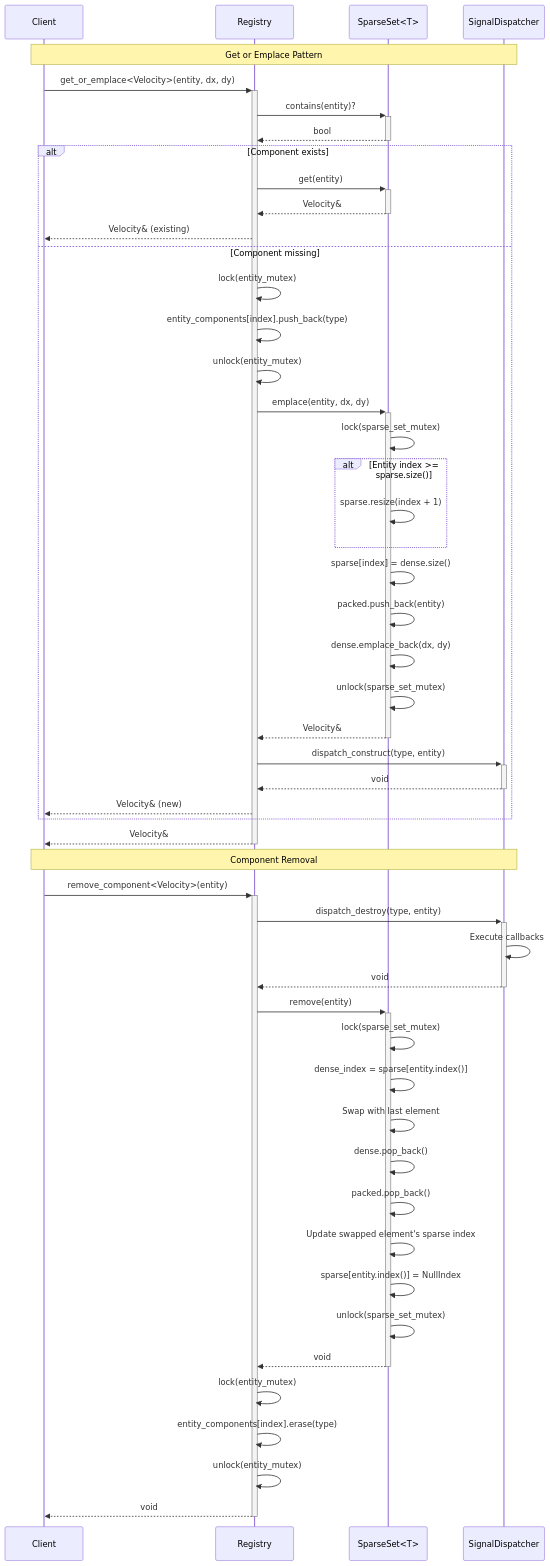
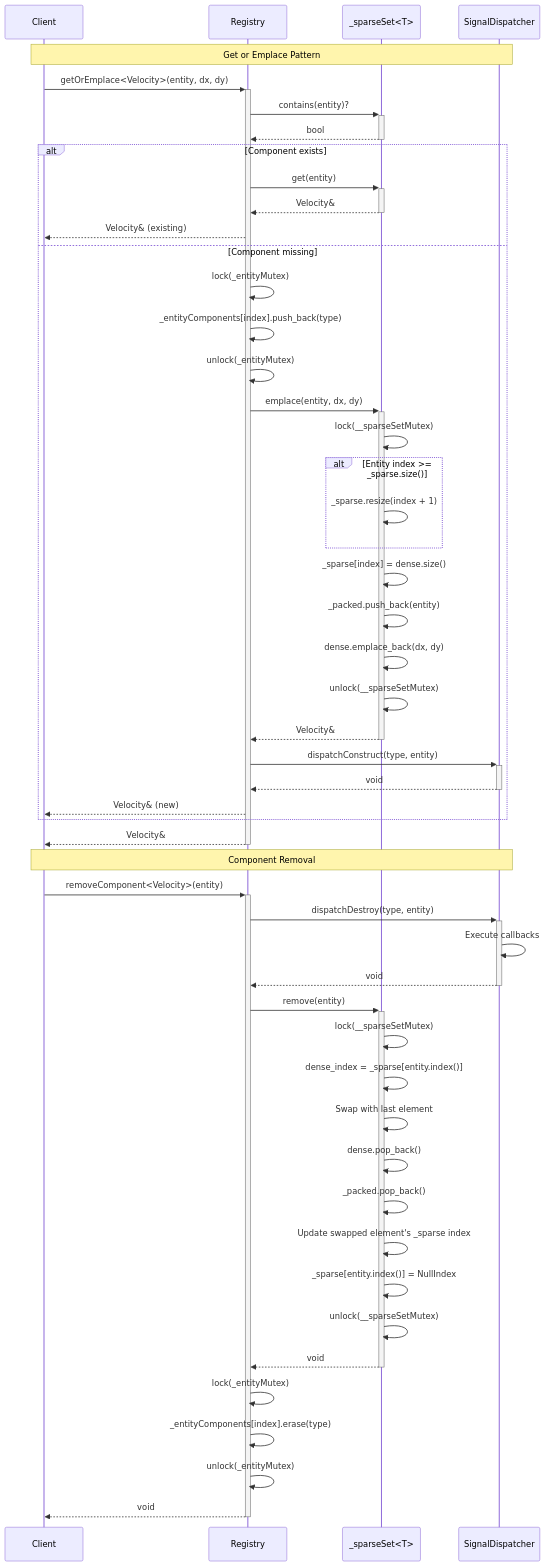
The fourth of 12 diagrams in doc/ecs/19_architecture_diagrams.md (My-Epitech-Organisation/Rtype), drawn with Mermaid before and after one commit. The commit also changed other lines of this file and 48 other files, not shown here.

````diff
--- a/doc/ecs/19_architecture_diagrams.md
+++ b/doc/ecs/19_architecture_diagrams.md
@@ -532,70 +532,70 @@
 ```mermaid
 sequenceDiagram
     participant Client
     participant Registry
-    participant SparseSet as SparseSet<T>
+    participant _sparseSet as _sparseSet<T>
     participant SignalDispatcher
     
     %% Get or Emplace Pattern
     Note over Client,SignalDispatcher: Get or Emplace Pattern
     
-    Client->>+Registry: get_or_emplace<Velocity>(entity, dx, dy)
-    Registry->>+SparseSet: contains(entity)?
-    SparseSet-->>-Registry: bool
+    Client->>+Registry: getOrEmplace<Velocity>(entity, dx, dy)
+    Registry->>+_sparseSet: contains(entity)?
+    _sparseSet-->>-Registry: bool
     
     alt Component exists
-        Registry->>+SparseSet: get(entity)
-        SparseSet-->>-Registry: Velocity&
+        Registry->>+_sparseSet: get(entity)
+        _sparseSet-->>-Registry: Velocity&
         Registry-->>Client: Velocity& (existing)
     else Component missing
-        Registry->>Registry: lock(entity_mutex)
-        Registry->>Registry: entity_components[index].push_back(type)
-        Registry->>Registry: unlock(entity_mutex)
+        Registry->>Registry: lock(_entityMutex)
+        Registry->>Registry: _entityComponents[index].push_back(type)
+        Registry->>Registry: unlock(_entityMutex)
         
-        Registry->>+SparseSet: emplace(entity, dx, dy)
-        SparseSet->>SparseSet: lock(sparse_set_mutex)
+        Registry->>+_sparseSet: emplace(entity, dx, dy)
+        _sparseSet->>_sparseSet: lock(__sparseSetMutex)
         
-        alt Entity index >= sparse.size()
-            SparseSet->>SparseSet: sparse.resize(index + 1)
+        alt Entity index >= _sparse.size()
+            _sparseSet->>_sparseSet: _sparse.resize(index + 1)
         end
         
-        SparseSet->>SparseSet: sparse[index] = dense.size()
-        SparseSet->>SparseSet: packed.push_back(entity)
-        SparseSet->>SparseSet: dense.emplace_back(dx, dy)
-        SparseSet->>SparseSet: unlock(sparse_set_mutex)
-        SparseSet-->>-Registry: Velocity&
+        _sparseSet->>_sparseSet: _sparse[index] = dense.size()
+        _sparseSet->>_sparseSet: _packed.push_back(entity)
+        _sparseSet->>_sparseSet: dense.emplace_back(dx, dy)
+        _sparseSet->>_sparseSet: unlock(__sparseSetMutex)
+        _sparseSet-->>-Registry: Velocity&
         
-        Registry->>+SignalDispatcher: dispatch_construct(type, entity)
+        Registry->>+SignalDispatcher: dispatchConstruct(type, entity)
         SignalDispatcher-->>-Registry: void
         
         Registry-->>Client: Velocity& (new)
     end
     
     Registry-->>-Client: Velocity&
     
     %% Component Removal
     Note over Client,SignalDispatcher: Component Removal
     
-    Client->>+Registry: remove_component<Velocity>(entity)
+    Client->>+Registry: removeComponent<Velocity>(entity)
     
-    Registry->>+SignalDispatcher: dispatch_destroy(type, entity)
+    Registry->>+SignalDispatcher: dispatchDestroy(type, entity)
     SignalDispatcher->>SignalDispatcher: Execute callbacks
     SignalDispatcher-->>-Registry: void
     
-    Registry->>+SparseSet: remove(entity)
-    SparseSet->>SparseSet: lock(sparse_set_mutex)
-    SparseSet->>SparseSet: dense_index = sparse[entity.index()]
-    SparseSet->>SparseSet: Swap with last element
-    SparseSet->>SparseSet: dense.pop_back()
-    SparseSet->>SparseSet: packed.pop_back()
-    SparseSet->>SparseSet: Update swapped element's sparse index
-    SparseSet->>SparseSet: sparse[entity.index()] = NullIndex
-    SparseSet->>SparseSet: unlock(sparse_set_mutex)
-    SparseSet-->>-Registry: void
+    Registry->>+_sparseSet: remove(entity)
+    _sparseSet->>_sparseSet: lock(__sparseSetMutex)
+    _sparseSet->>_sparseSet: dense_index = _sparse[entity.index()]
+    _sparseSet->>_sparseSet: Swap with last element
+    _sparseSet->>_sparseSet: dense.pop_back()
+    _sparseSet->>_sparseSet: _packed.pop_back()
+    _sparseSet->>_sparseSet: Update swapped element's _sparse index
+    _sparseSet->>_sparseSet: _sparse[entity.index()] = NullIndex
+    _sparseSet->>_sparseSet: unlock(__sparseSetMutex)
+    _sparseSet-->>-Registry: void
     
-    Registry->>Registry: lock(entity_mutex)
-    Registry->>Registry: entity_components[index].erase(type)
-    Registry->>Registry: unlock(entity_mutex)
+    Registry->>Registry: lock(_entityMutex)
+    Registry->>Registry: _entityComponents[index].erase(type)
+    Registry->>Registry: unlock(_entityMutex)
     
     Registry-->>-Client: void
 ```
````
